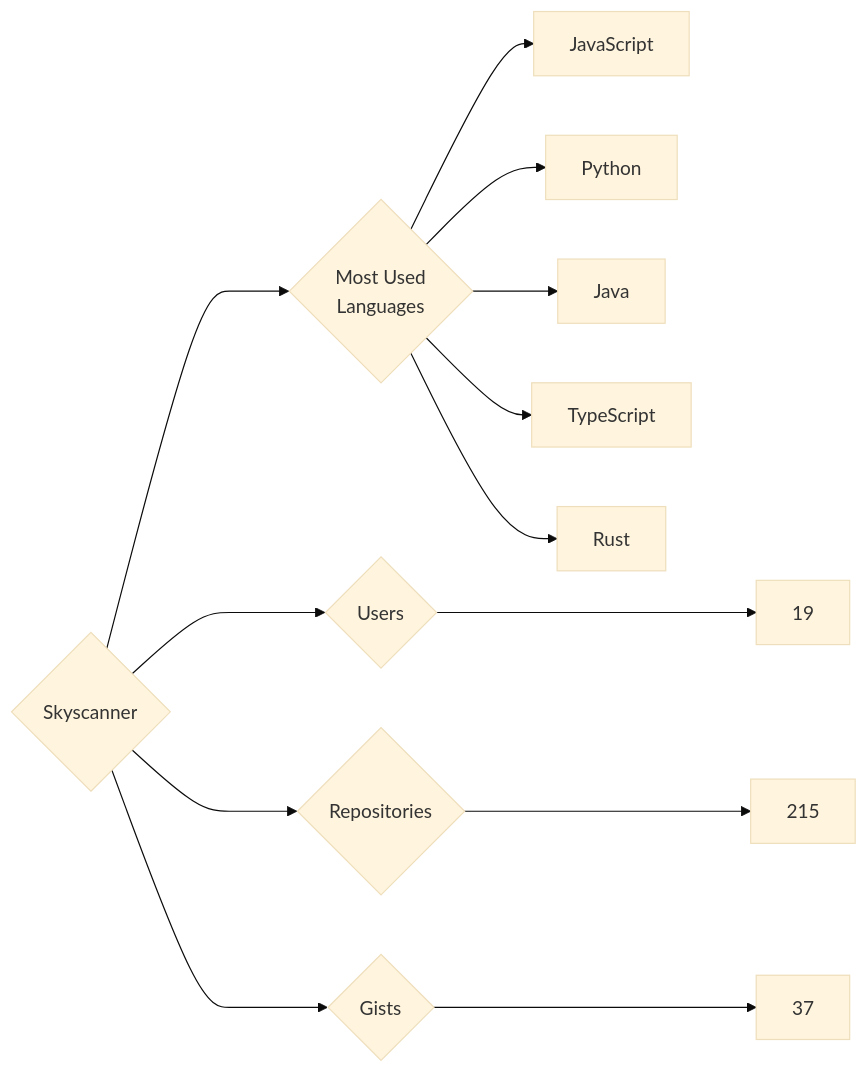
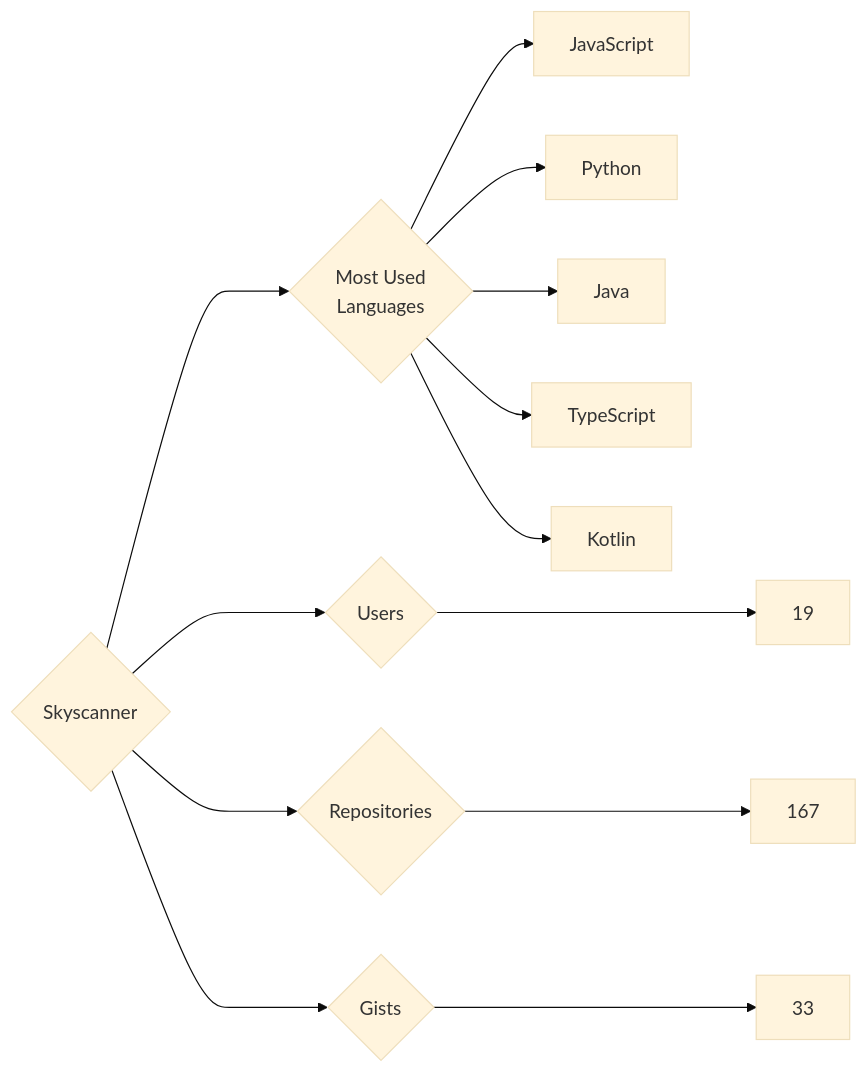
The diagram in targets/Skyscanner/README.md (trickest/insiders), drawn with Mermaid (base theme) before and after one commit. The commit also changed 1484 other files, not shown here.

````diff
--- a/targets/Skyscanner/README.md
+++ b/targets/Skyscanner/README.md
@@ -3,13 +3,13 @@
 ```mermaid
 graph LR
 COMPANY_NAME{Skyscanner}
 COMPANY_NAME ---> U{Users} ---> UN[19]
-COMPANY_NAME ---> R{Repositories} ---> RN[215]
-COMPANY_NAME ---> G{Gists} ---> GN[37]
+COMPANY_NAME ---> R{Repositories} ---> RN[167]
+COMPANY_NAME ---> G{Gists} ---> GN[33]
 COMPANY_NAME ---> ML{Most Used<br>Languages}
 ML --> JavaScript[JavaScript]
 ML --> Python[Python]
 ML --> Java[Java]
 ML --> TypeScript[TypeScript]
-ML --> Rust[Rust]
+ML --> Kotlin[Kotlin]
 ```
````
